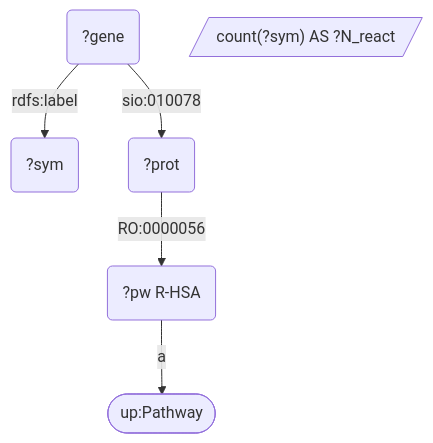
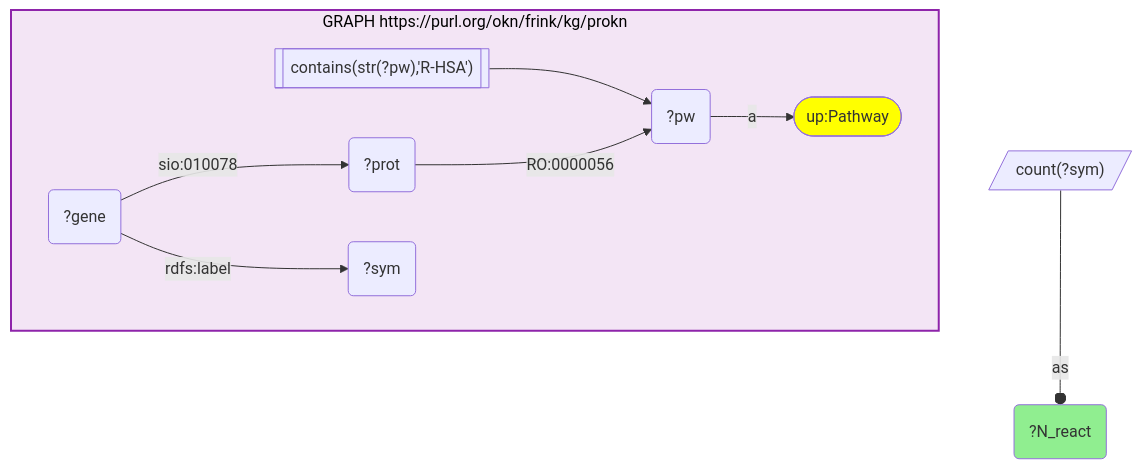
Before and after one commit to sbl-sdsc/mcp-okn: the ninth of 16 diagrams in docs/examples/Bisphenol-Exposome/Bisphenol-Exposome_reproducibility.md, drawn with Mermaid. The commit also changed other lines of this file and 2 other files, not shown here.

First line of the commit message:
fix(examples): restore KG boxes in Bisphenol-Exposome reproducibility diagrams

````diff
--- a/docs/examples/Bisphenol-Exposome/Bisphenol-Exposome_reproducibility.md
+++ b/docs/examples/Bisphenol-Exposome/Bisphenol-Exposome_reproducibility.md
@@ -340,8 +527,23 @@
 ```mermaid
 graph TD
-  q9v5("?gene") --"rdfs:label"--> v6("?sym")
-  q9v5 --"sio:010078"--> v4("?prot")
-  v4 --"RO:0000056"--> v3("?pw R-HSA")
-  v3 --"a"--> c([up:Pathway])
-  q9cnt[/"count(?sym) AS ?N_react"/]
+classDef projected fill:lightgreen;
+classDef literal fill:orange;
+classDef iri fill:yellow;
+  q9v1("?N_react"):::projected 
+  q9v5("?gene")
+  q9v4("?prot")
+  q9v3("?pw")
+  q9v6("?sym")
+  subgraph q9graph0["GRAPH https://purl.org/okn/frink/kg/prokn"]
+    style q9graph0 fill:#f3e5f5,stroke:#8e24aa,stroke-width:2px,color:#000;
+    q9graph0c2(["up:Pathway"]):::iri 
+    q9graph0f0[["contains(str(?pw),'R-HSA')"]]
+    q9graph0f0 --> q9v3
+    q9v3 --"a"--> q9graph0c2
+    q9v4 --"RO:0000056"--> q9v3
+    q9v5 --"sio:010078"--> q9v4
+    q9v5 --"rdfs:label"--> q9v6
+  end
+  q9bind0[/"count(?sym)"/]
+  q9bind0 --as--o q9v1
 ```
````
